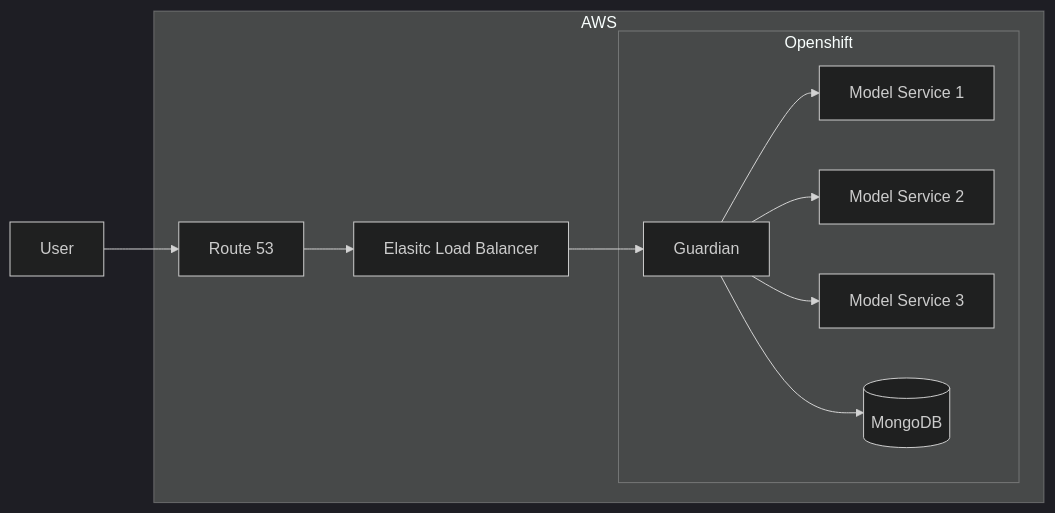
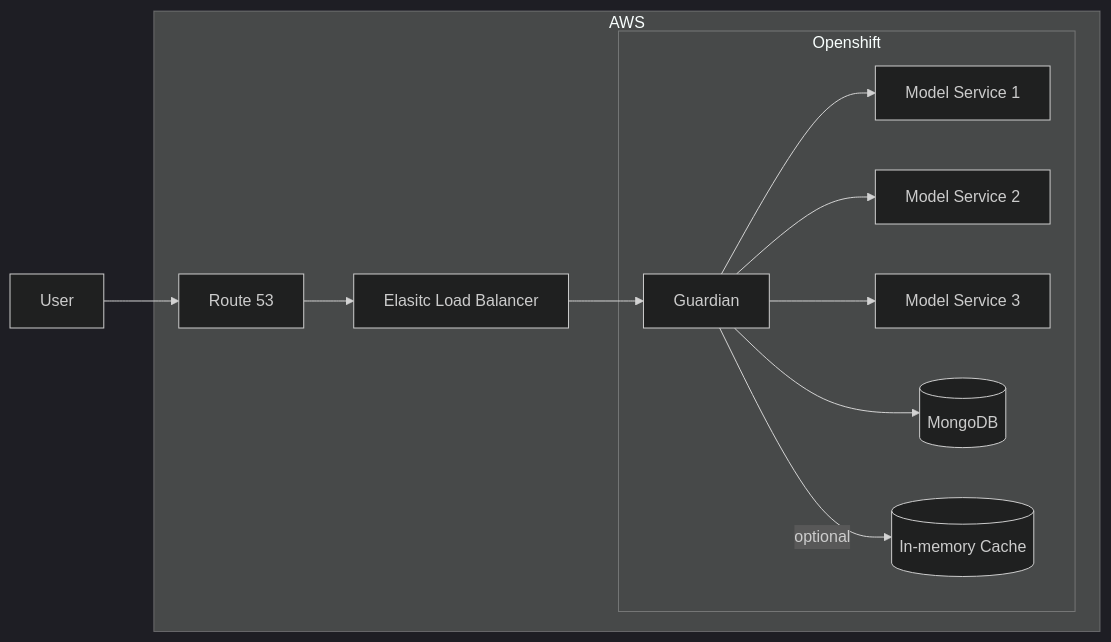
The first of 2 diagrams in doc/architecture.md (acceleratedscience/bridge), drawn with Mermaid (dark theme) before and after one commit. The commit also changed other lines of this file, not shown here.

Commit message:
updated architecture diagram

````diff
--- a/doc/architecture.md
+++ b/doc/architecture.md
@@ -30,22 +31,24 @@
 ```mermaid
 flowchart LR
 	user["User"]
 	route["Route 53"]
 	elb["Elasitc Load Balancer"]
 	guardian["Guardian"]
 	model1["Model Service 1"]
 	model2["Model Service 2"]
 	model3["Model Service 3"]
 	mongodb[("MongoDB")]
+	cache[("In-memory Cache")]
 
 	user --> route
 	subgraph "AWS"
 	route --> elb --> guardian
 	subgraph "Openshift"
 	guardian --> mongodb
+    guardian -- optional --> cache
 	guardian --> model1
 	guardian --> model2
 	guardian --> model3
 	end
 	end
 ```
````
